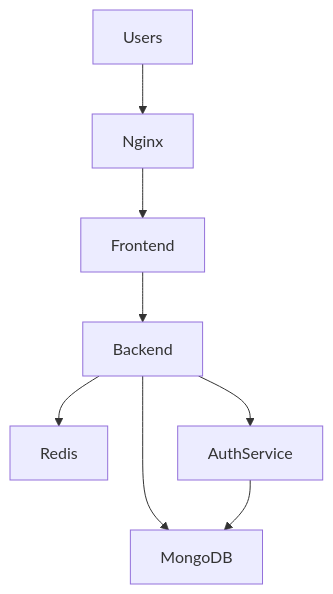
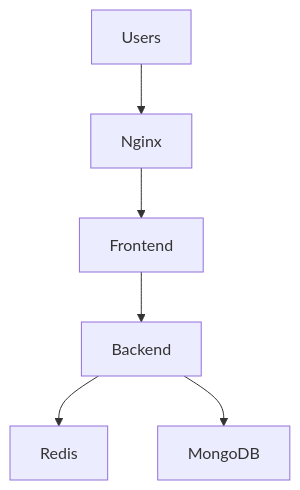
The diagram in Readme.md (Chaitanya-lohani-dev/student-internship-portal), drawn with Mermaid before and after one commit.

Commit message:
Update README to remove AuthService details
Removed AuthService and its connection to MongoDB from the README.

````diff
--- a/Readme.md
+++ b/Readme.md
@@ -23,14 +23,12 @@
 ```mermaid
 flowchart TD
 
 Users --> Nginx
 Nginx --> Frontend
 
 Frontend --> Backend
 
 Backend --> Redis
 Backend --> MongoDB
 
-Backend --> AuthService
-AuthService --> MongoDB
 ```
````
